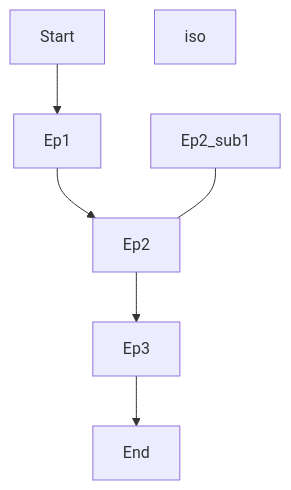
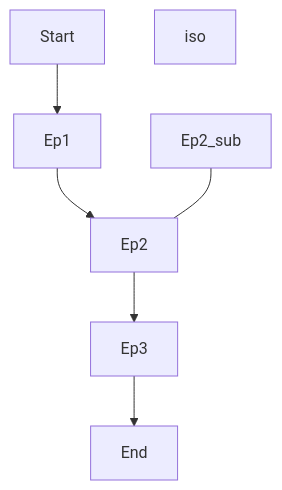
One commit to Pottal/JSON_Canvas_to_Markdown changed the first of 4 diagrams in README.md. Above: the diagram before and after it, drawn with Mermaid.

````diff
--- a/README.md
+++ b/README.md
@@ -19,6 +19,6 @@
 ```mermaid
 flowchart TD
     A[Start] --> B[Ep1] -->C[Ep2]-->D[Ep3]-->E[End]
-    Csub[Ep2_sub1]---C
+    Csub[Ep2_sub]---C
     Z[iso]
 ```
````
